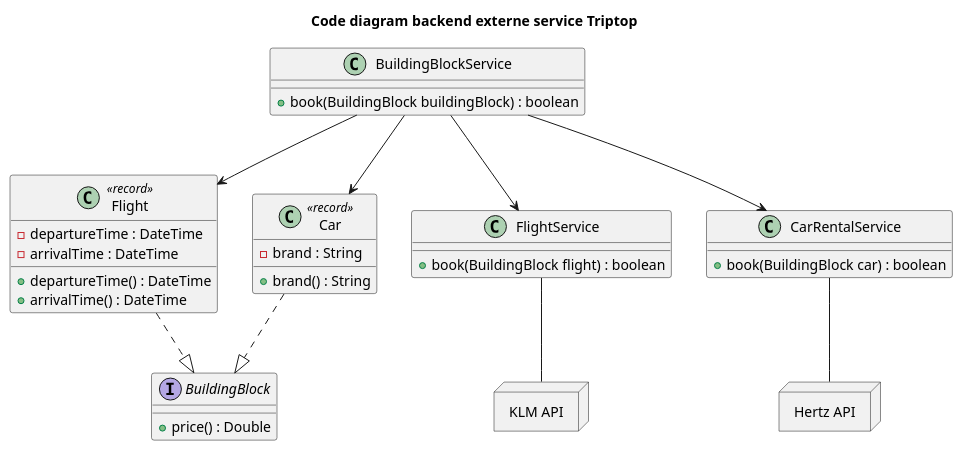
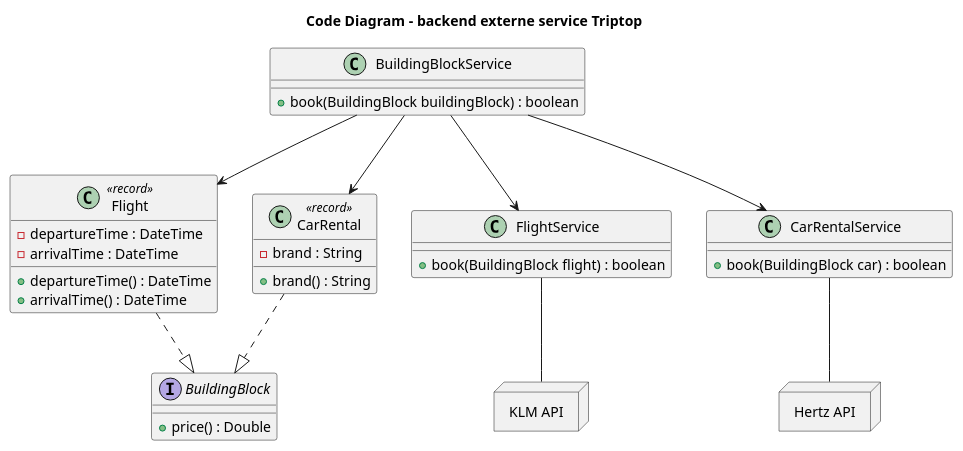
Before and after one commit to AIM-ENE-feb25/triptop-groep-tweeeeeeeeeeeeeeeeeeeeee: the diagram in Stefan c4 code diagram backend.puml, drawn with PlantUML. The commit also changed 3 other files, not shown here.

```diff
--- a/Stefan c4 code diagram backend.puml
+++ b/Stefan c4 code diagram backend.puml
@@ -1,50 +1,50 @@
 @startuml
 
-title Code diagram backend externe service Triptop
+title Code Diagram - backend externe service Triptop
 
 class Flight <<record>> {
     -departureTime : DateTime
     -arrivalTime : DateTime
     +departureTime() : DateTime
     +arrivalTime() : DateTime
 }
 
-class Car <<record>> {
+class CarRental <<record>> {
     -brand : String
     +brand() : String
 }
 
 class BuildingBlockService {
     +book(BuildingBlock buildingBlock) : boolean
 }
 
 class FlightService {
     +book(BuildingBlock flight) : boolean
 }
 
 class CarRentalService {
     +book(BuildingBlock car) : boolean
 }
 
 interface BuildingBlock {
     +price() : Double
 }
 
 BuildingBlockService --> FlightService
 BuildingBlockService --> CarRentalService
-BuildingBlockService --> Car
+BuildingBlockService --> CarRental
 BuildingBlockService --> Flight
 Flight ..|> BuildingBlock
-Car ..|> BuildingBlock
+CarRental ..|> BuildingBlock
 
 
 node "KLM API" as KLM {
 }
 
 node "Hertz API" as Hertz {
 }
 
 FlightService -- KLM
 CarRentalService -- Hertz
 
 @enduml
```
